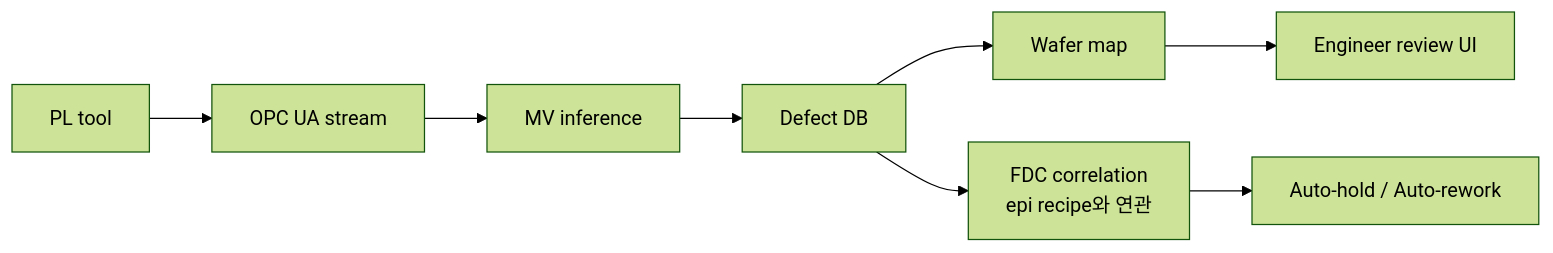
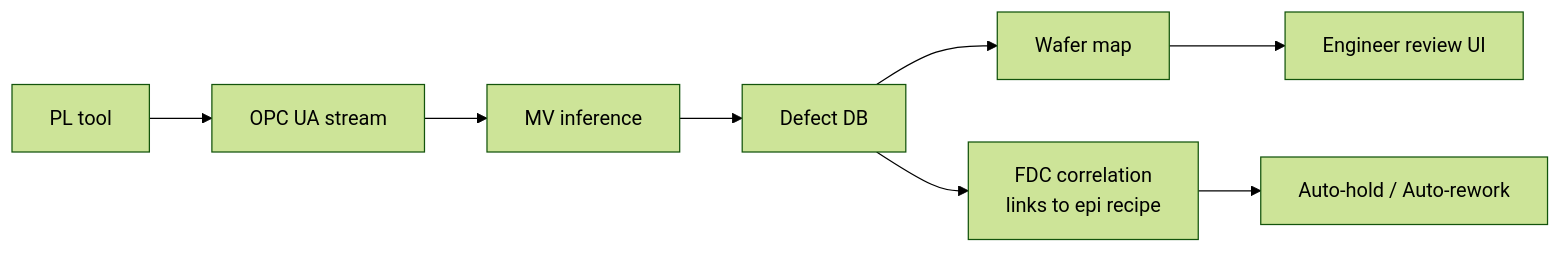
The second of 2 diagrams in docs/04-control-ai/ai-machine-vision.md (btjeon/sic-wiki), drawn with Mermaid (forest theme) before and after one commit. The commit also changed other lines of this file and 9 other files, not shown here.

````diff
--- a/docs/04-control-ai/ai-machine-vision.md
+++ b/docs/04-control-ai/ai-machine-vision.md
@@ -44,10 +48,10 @@
 ```mermaid
 flowchart LR
     A[PL tool] --> B[OPC UA stream]
     B --> C[MV inference]
     C --> D[Defect DB]
     D --> E[Wafer map]
-    D --> F[FDC correlation<br/>epi recipe와 연관]
+    D --> F[FDC correlation<br/>links to epi recipe]
     E --> G[Engineer review UI]
     F --> H[Auto-hold / Auto-rework]
 ```
````
